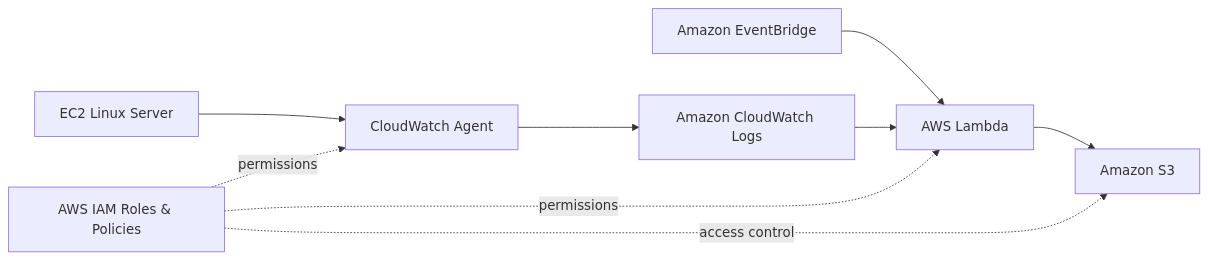
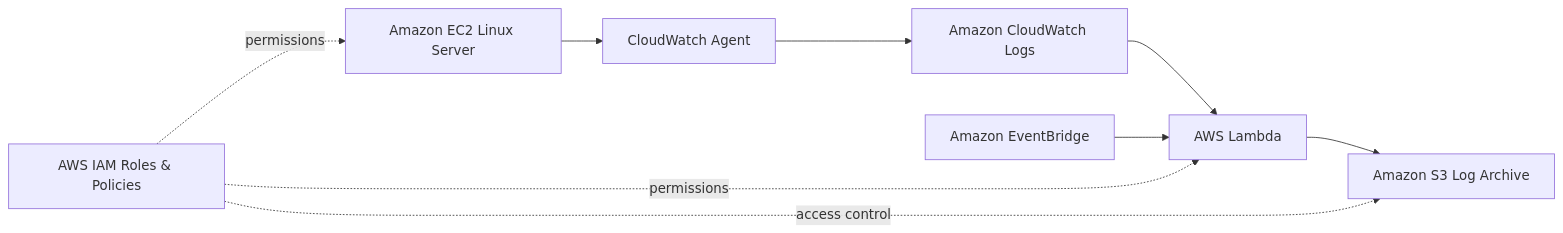
One commit to VENKATASUBBARAO13/AWS-EC2-Log-Automation-and-S3-Archival-Project changed the diagram in README.md. Above: the diagram before and after it, drawn with Mermaid. The commit also changed other lines of this file, not shown here.

Commit message:
Update README with CloudWatch Agent installation and S3 bucket policy steps

````diff
--- a/README.md
+++ b/README.md
@@ -15,11 +13,11 @@
 ```mermaid
 flowchart LR
-    U[EC2 Linux Server] --> A[CloudWatch Agent]
-    A --> C[Amazon CloudWatch Logs]
-    E[Amazon EventBridge] --> L[AWS Lambda]
-    C --> L
-    L --> S[Amazon S3]
-    I[AWS IAM Roles & Policies] -. permissions .-> A
-    I -. permissions .-> L
-    I -. access control .-> S
+    EC2[Amazon EC2 Linux Server] --> CWAgent[CloudWatch Agent]
+    CWAgent --> CW[Amazon CloudWatch Logs]
+    CW --> Lambda[AWS Lambda]
+    EB[Amazon EventBridge] --> Lambda
+    Lambda --> S3[Amazon S3 Log Archive]
+    IAM[AWS IAM Roles & Policies] -. permissions .-> EC2
+    IAM -. permissions .-> Lambda
+    IAM -. access control .-> S3
 ```
````
